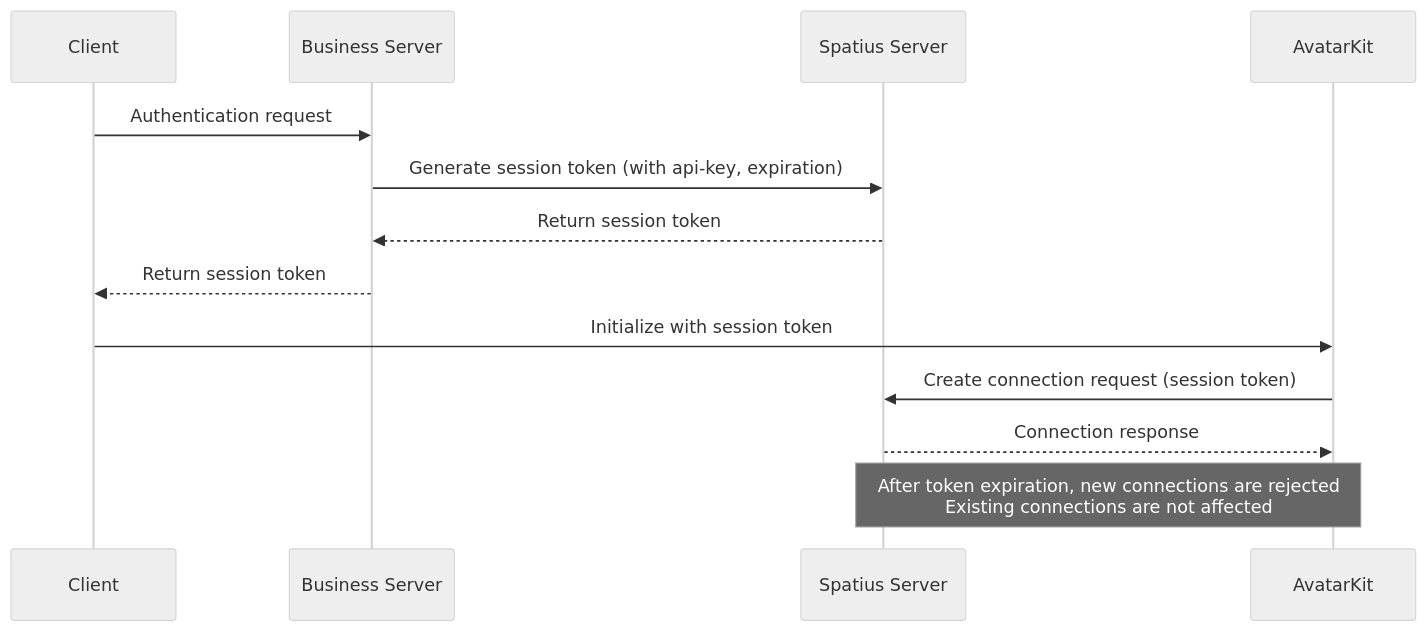
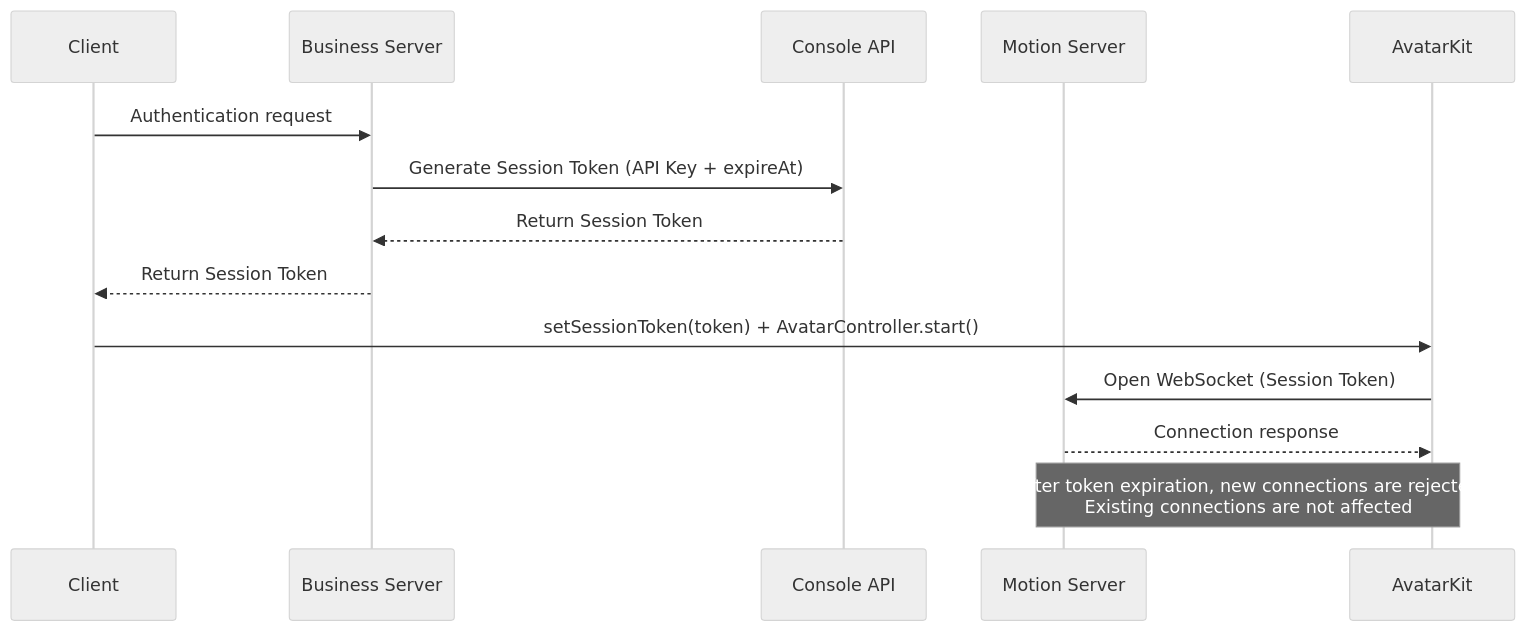
The diagram in api-reference/auth.mdx (spatius-ai/docs), drawn with Mermaid (neutral theme) before and after one commit. The commit also changed other lines of this file and 62 other files, not shown here.

First line of the commit message:
Merge pull request #4 from spatius-ai/refactor/spatius-rebrand-and-ia-overhaul

````diff
--- a/api-reference/auth.mdx
+++ b/api-reference/auth.mdx
@@ -20,16 +29,17 @@
 ```mermaid
 sequenceDiagram
-    participant Client as Client
+    participant Client
     participant BizServer as Business Server
-    participant SW as Spatius Server
+    participant Console as Console API
+    participant Motion as Motion Server
     participant Kit as AvatarKit
 
     Client->>BizServer: Authentication request
-    BizServer->>SW: Generate session token (with api-key, expiration)
-    SW-->>BizServer: Return session token
-    BizServer-->>Client: Return session token
-    Client->>Kit: Initialize with session token
-    Kit->>SW: Create connection request (session token)
-    SW-->>Kit: Connection response
-    Note over SW,Kit: After token expiration, new connections are rejected<br>Existing connections are not affected
+    BizServer->>Console: Generate Session Token (API Key + expireAt)
+    Console-->>BizServer: Return Session Token
+    BizServer-->>Client: Return Session Token
+    Client->>Kit: setSessionToken(token) + AvatarController.start()
+    Kit->>Motion: Open WebSocket (Session Token)
+    Motion-->>Kit: Connection response
+    Note over Motion,Kit: After token expiration, new connections are rejected<br>Existing connections are not affected
 ```
````
